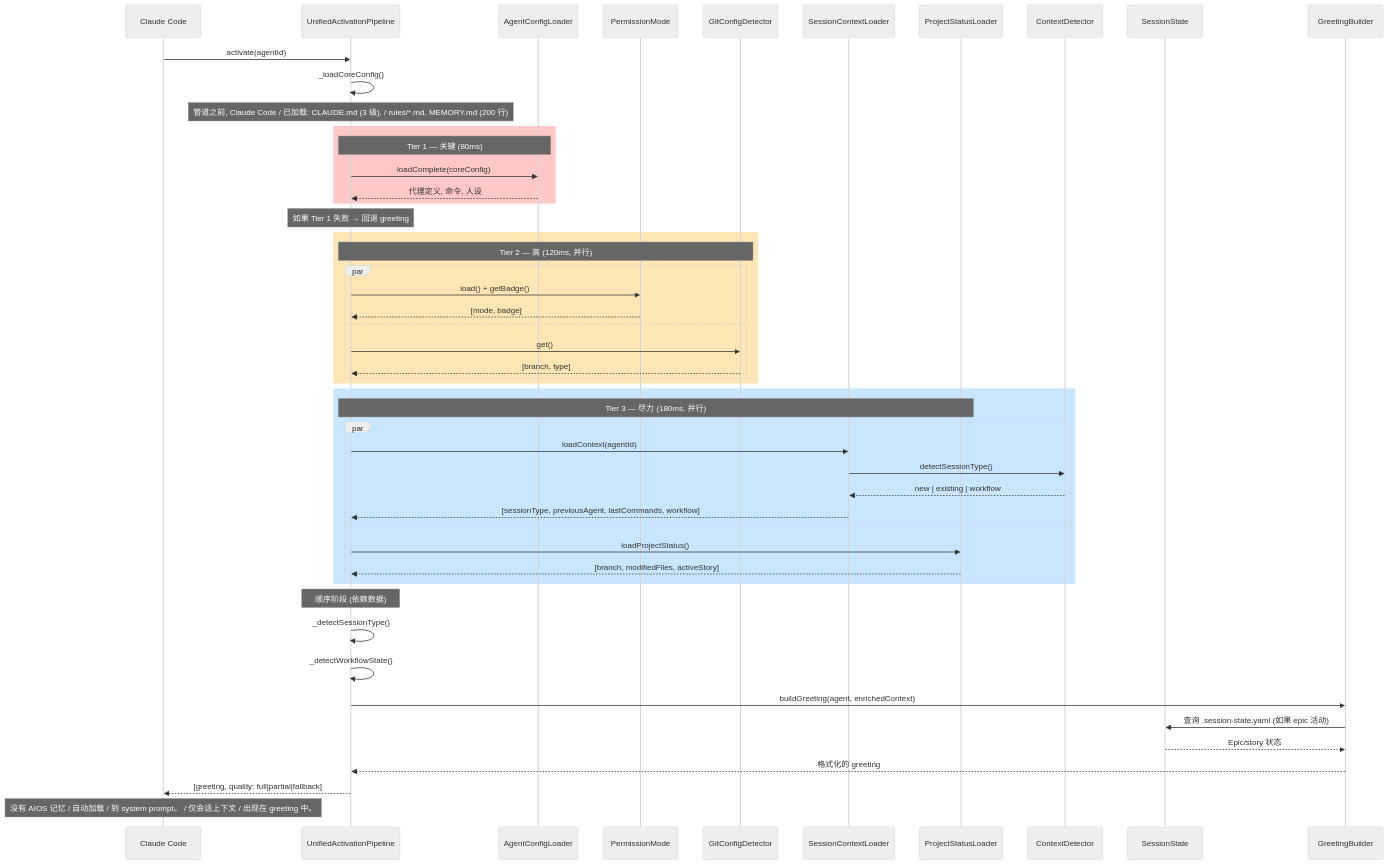
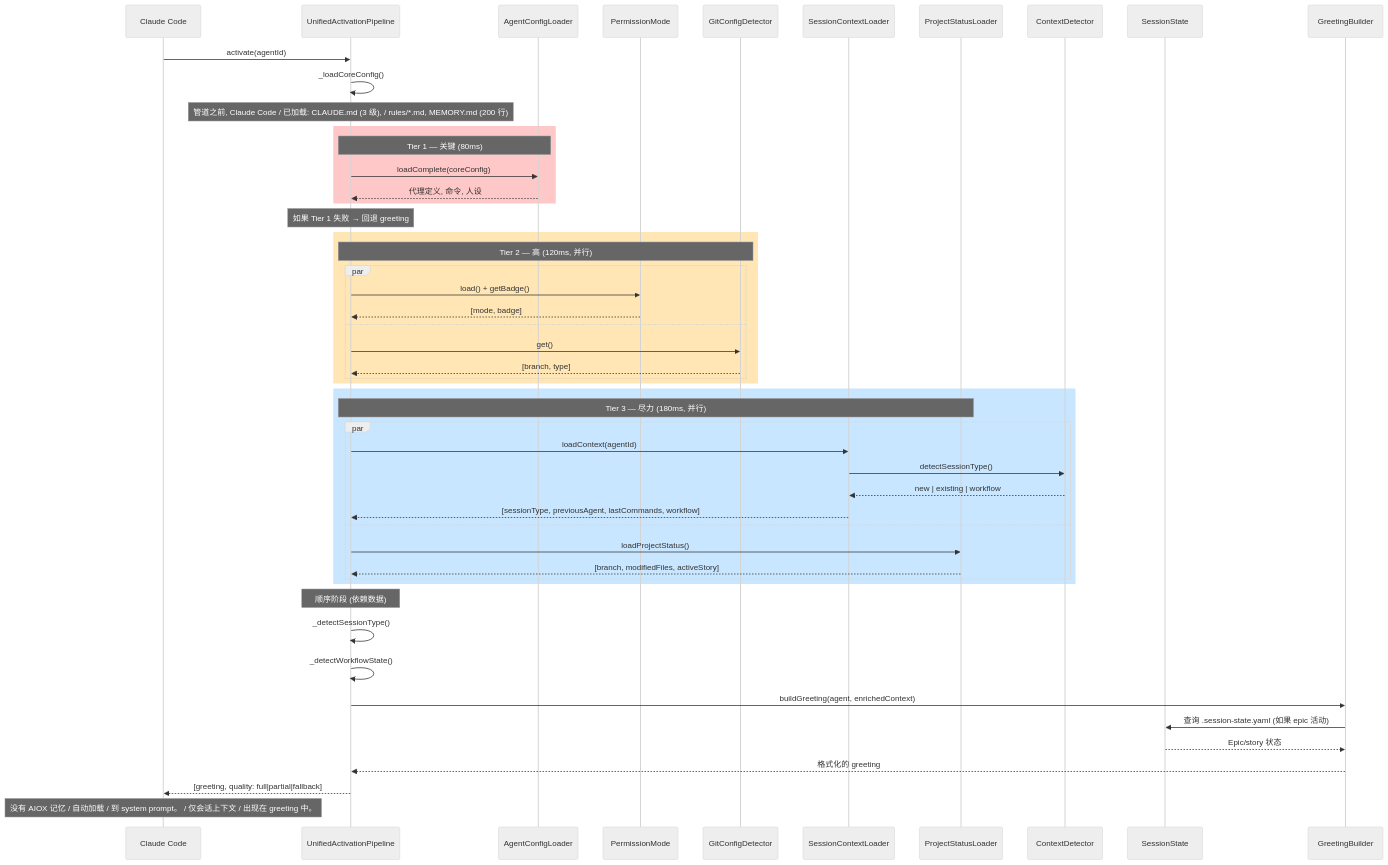
The eighth of 18 diagrams in content/en/docs/zh/guides/MEMORY-SYSTEM.mdx (bychrisr/aios-docs), drawn with Mermaid (neutral theme) before and after one commit. The commit also changed other lines of this file and 564 other files, not shown here.

````diff
--- a/content/en/docs/zh/guides/MEMORY-SYSTEM.mdx
+++ b/content/en/docs/zh/guides/MEMORY-SYSTEM.mdx
@@ -368,64 +368,64 @@
 ```mermaid
 sequenceDiagram
     participant CC as Claude Code
     participant UAP as UnifiedActivationPipeline
     participant ACL as AgentConfigLoader
     participant PM as PermissionMode
     participant GCD as GitConfigDetector
     participant SCL as SessionContextLoader
     participant PSL as ProjectStatusLoader
     participant CD as ContextDetector
     participant SS as SessionState
     participant GB as GreetingBuilder
 
     CC->>UAP: activate(agentId)
     UAP->>UAP: _loadCoreConfig()
 
     Note over UAP: 管道之前, Claude Code / 已加载: CLAUDE.md (3 级), / rules/*.md, MEMORY.md (200 行)
 
     rect rgb(255, 200, 200)
         Note over UAP,ACL: Tier 1 — 关键 (80ms)
         UAP->>ACL: loadComplete(coreConfig)
         ACL-->>UAP: 代理定义, 命令, 人设
     end
 
     Note over UAP: 如果 Tier 1 失败 → 回退 greeting
 
     rect rgb(255, 230, 180)
         Note over UAP,GCD: Tier 2 — 高 (120ms, 并行)
         par
             UAP->>PM: load() + getBadge()
             PM-->>UAP: [mode, badge]
         and
             UAP->>GCD: get()
             GCD-->>UAP: [branch, type]
         end
     end
 
     rect rgb(200, 230, 255)
         Note over UAP,PSL: Tier 3 — 尽力 (180ms, 并行)
         par
             UAP->>SCL: loadContext(agentId)
             SCL->>CD: detectSessionType()
             CD-->>SCL: new | existing | workflow
             SCL-->>UAP: [sessionType, previousAgent, lastCommands, workflow]
         and
             UAP->>PSL: loadProjectStatus()
             PSL-->>UAP: [branch, modifiedFiles, activeStory]
         end
     end
 
     Note over UAP: 顺序阶段 (依赖数据)
 
     UAP->>UAP: _detectSessionType()
     UAP->>UAP: _detectWorkflowState()
 
     UAP->>GB: buildGreeting(agent, enrichedContext)
     GB->>SS: 查询 .session-state.yaml (如果 epic 活动)
     SS-->>GB: Epic/story 状态
     GB-->>UAP: 格式化的 greeting
 
     UAP-->>CC: [greeting, quality: full|partial|fallback]
 
-    Note over CC: 没有 AIOS 记忆 / 自动加载 / 到 system prompt。 / 仅会话上下文 / 出现在 greeting 中。
+    Note over CC: 没有 AIOX 记忆 / 自动加载 / 到 system prompt。 / 仅会话上下文 / 出现在 greeting 中。
 ```
````
